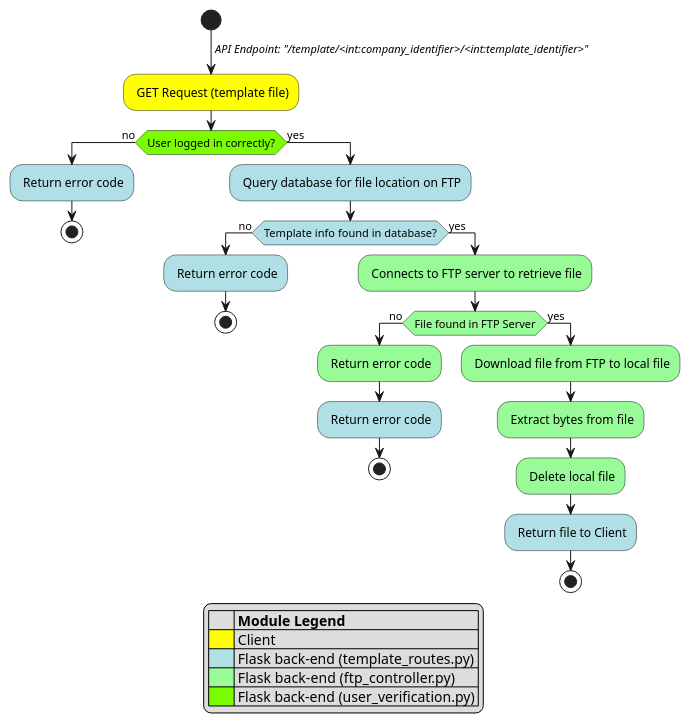
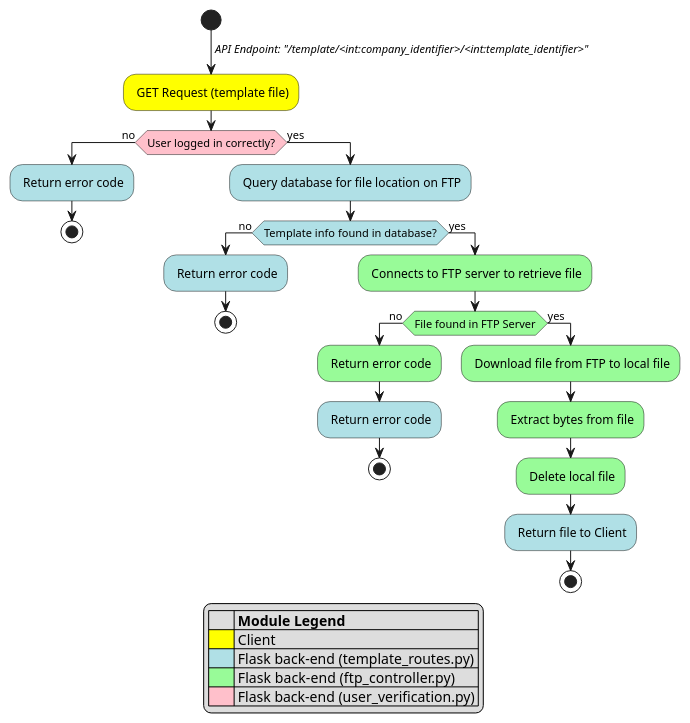
One commit to NielsPoldervaart/Project-C-Groep-4 changed the diagram in Diagrams (PlantUml)/RequestFileFlowchart.plantuml. Above: the diagram before and after it, drawn with PlantUML.

Commit message:
Changed colors in flowchart

```diff
--- a/Diagrams (PlantUml)/RequestFileFlowchart.plantuml
+++ b/Diagrams (PlantUml)/RequestFileFlowchart.plantuml
@@ -1,32 +1,32 @@
 @startuml GET Request Template File
 start
 ->//API Endpoint: "/template/<int:company_identifier>/<int:template_identifier>"//;
 #yellow: GET Request (template file);
-#lawngreen:if (User logged in correctly?) then (no)
+#pink:if (User logged in correctly?) then (no)
     #powderblue: Return error code;
     stop
 else (yes)
     #powderblue: Query database for file location on FTP;
     #powderblue:if (Template info found in database?) then (no)
         #powderblue: Return error code;
         stop
     else (yes)
         #palegreen: Connects to FTP server to retrieve file;
         #palegreen:if (File found in FTP Server) then (no)
         #palegreen: Return error code;
         #powderblue: Return error code;
         stop
         else (yes)
         #palegreen: Download file from FTP to local file;
         #palegreen: Extract bytes from file;
         #palegreen: Delete local file;
         #powderblue: Return file to Client;
 stop
  legend
  |= |= Module Legend |
  | <#yellow>  | Client |
  | <#powderblue>       | Flask back-end (template_routes.py) |
  | <#palegreen>       | Flask back-end (ftp_controller.py) |
- | <#lawngreen>       | Flask back-end (user_verification.py) |
+ | <#pink>       | Flask back-end (user_verification.py) |
  endlegend
 @enduml
```
